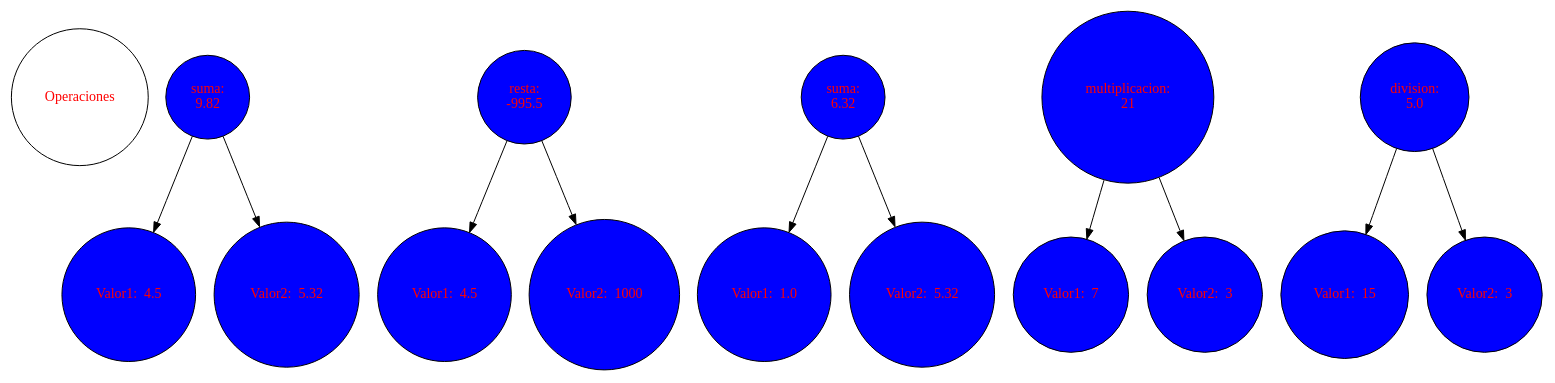
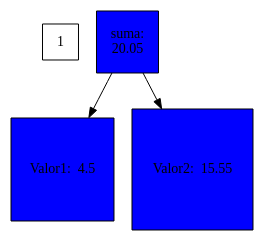
The diagram in Operaciones.dot (Jlima2016306/LFP_S2_2023_Proyecto1_202200002), drawn with Graphviz before and after one commit. The commit also changed 4 other files, not shown here.

```diff
--- a/Operaciones.dot
+++ b/Operaciones.dot
@@ -1,52 +1,16 @@
 digraph G {
 
-	node [shape=circle]
-	nodo0 [label = "Operaciones"]
-	nodo0[fontcolor = red]
-	nodoRespuesta1[style = filled,fillcolor = blue,fontcolor = red]
-	nodoIzqu1[style = filled,fillcolor = blue,fontcolor = red]
-	nodoDere1[style = filled,fillcolor = blue,fontcolor = red]
+	node [shape=square]
+	nodo0 [label = "1"]
+	nodo0[fontcolor = black]
+	nodoRespuesta1[style = filled,fillcolor = blue,fontcolor = black]
+	nodoIzqu1[style = filled,fillcolor = blue,fontcolor = black]
+	nodoDere1[style = filled,fillcolor = blue,fontcolor = black]
 	nodoRespuesta1[label = "suma:
-9.82 "]
+20.05 "]
 	nodoIzqu1[label = "Valor1:  4.5 "]
-	nodoDere1[label = "Valor2:  5.32 "]
+	nodoDere1[label = "Valor2:  15.55 "]
 	nodoRespuesta1 -> nodoIzqu1
 	nodoRespuesta1 -> nodoDere1
-	nodoRespuesta2[style = filled,fillcolor = blue,fontcolor = red]
-	nodoIzqu2[style = filled,fillcolor = blue,fontcolor = red]
-	nodoDere2[style = filled,fillcolor = blue,fontcolor = red]
-	nodoRespuesta2[label = "resta:
--995.5 "]
-	nodoIzqu2[label = "Valor1:  4.5 "]
-	nodoDere2[label = "Valor2:  1000 "]
-	nodoRespuesta2 -> nodoIzqu2
-	nodoRespuesta2 -> nodoDere2
-	nodoRespuesta3[style = filled,fillcolor = blue,fontcolor = red]
-	nodoIzqu3[style = filled,fillcolor = blue,fontcolor = red]
-	nodoDere3[style = filled,fillcolor = blue,fontcolor = red]
-	nodoRespuesta3[label = "suma:
-6.32 "]
-	nodoIzqu3[label = "Valor1:  1.0 "]
-	nodoDere3[label = "Valor2:  5.32 "]
-	nodoRespuesta3 -> nodoIzqu3
-	nodoRespuesta3 -> nodoDere3
-	nodoRespuesta4[style = filled,fillcolor = blue,fontcolor = red]
-	nodoIzqu4[style = filled,fillcolor = blue,fontcolor = red]
-	nodoDere4[style = filled,fillcolor = blue,fontcolor = red]
-	nodoRespuesta4[label = "multiplicacion:
-21 "]
-	nodoIzqu4[label = "Valor1:  7 "]
-	nodoDere4[label = "Valor2:  3 "]
-	nodoRespuesta4 -> nodoIzqu4
-	nodoRespuesta4 -> nodoDere4
-	nodoRespuesta5[style = filled,fillcolor = blue,fontcolor = red]
-	nodoIzqu5[style = filled,fillcolor = blue,fontcolor = red]
-	nodoDere5[style = filled,fillcolor = blue,fontcolor = red]
-	nodoRespuesta5[label = "division:
-5.0 "]
-	nodoIzqu5[label = "Valor1:  15 "]
-	nodoDere5[label = "Valor2:  3 "]
-	nodoRespuesta5 -> nodoIzqu5
-	nodoRespuesta5 -> nodoDere5
 
 }
```
